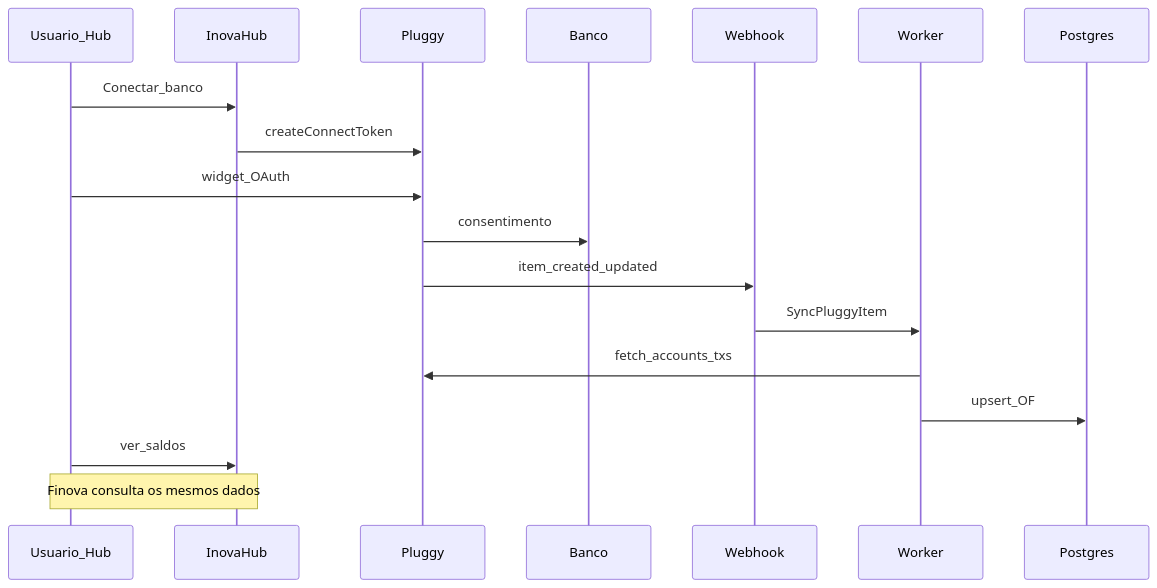
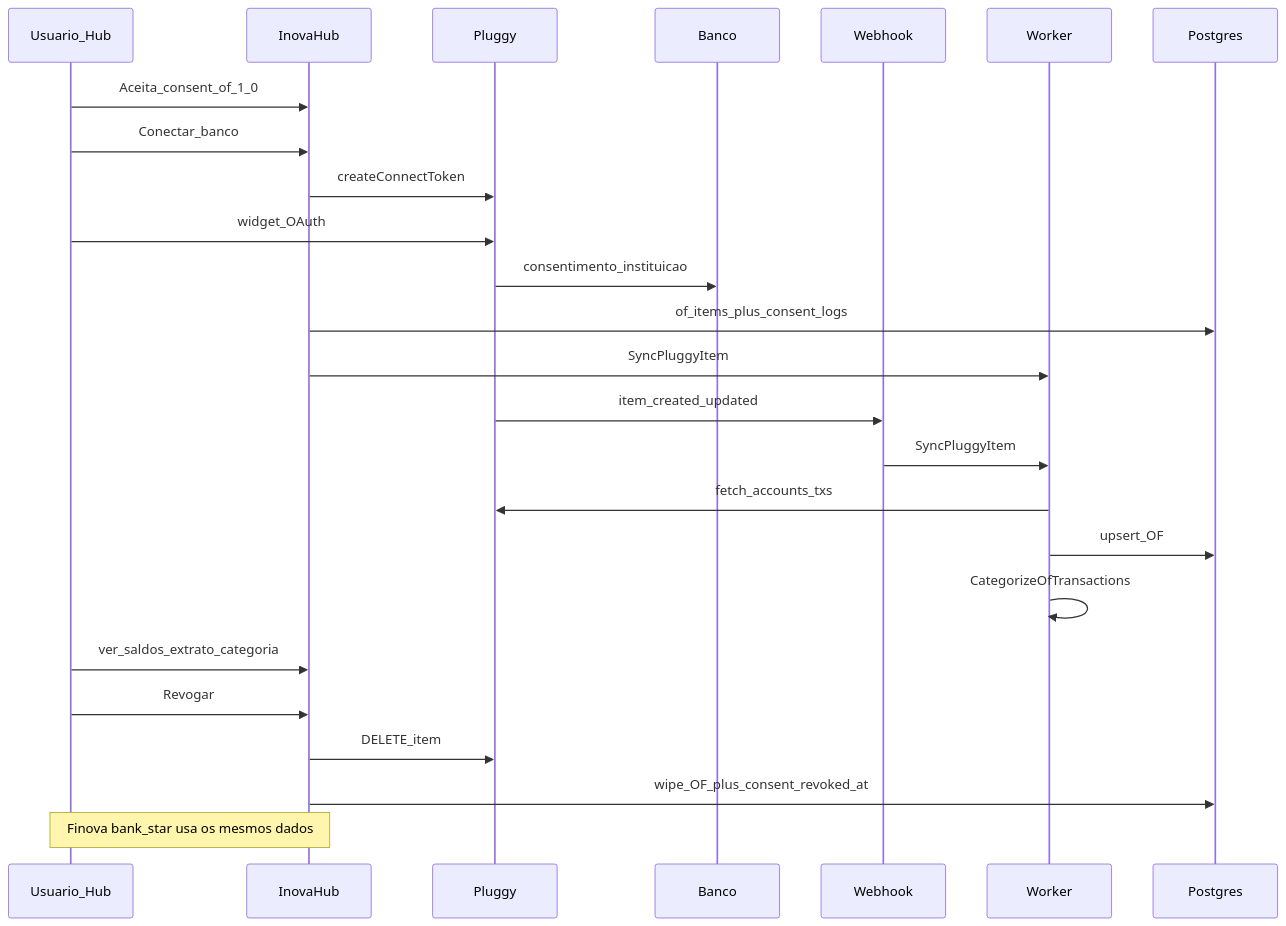
One commit to Kadu207/inova-hub changed the seventh of 8 diagrams in docs/20-system-design.md. Above: the diagram before and after it, drawn with Mermaid. The commit also changed other lines of this file and 18 other files, not shown here.

````diff
--- a/docs/20-system-design.md
+++ b/docs/20-system-design.md
@@ -276,21 +318,28 @@
 ```mermaid
 sequenceDiagram
   participant User as Usuario_Hub
   participant Hub as InovaHub
   participant P as Pluggy
   participant Bank as Banco
   participant API as Webhook
   participant W as Worker
   participant DB as Postgres
 
+  User->>Hub: Aceita_consent_of_1_0
   User->>Hub: Conectar_banco
   Hub->>P: createConnectToken
   User->>P: widget_OAuth
-  P->>Bank: consentimento
+  P->>Bank: consentimento_instituicao
+  Hub->>DB: of_items_plus_consent_logs
+  Hub->>W: SyncPluggyItem
   P->>API: item_created_updated
   API->>W: SyncPluggyItem
   W->>P: fetch_accounts_txs
   W->>DB: upsert_OF
-  User->>Hub: ver_saldos
-  Note over User,Hub: Finova consulta os mesmos dados
+  W->>W: CategorizeOfTransactions
+  User->>Hub: ver_saldos_extrato_categoria
+  User->>Hub: Revogar
+  Hub->>P: DELETE_item
+  Hub->>DB: wipe_OF_plus_consent_revoked_at
+  Note over User,Hub: Finova bank_star usa os mesmos dados
 ```
````
